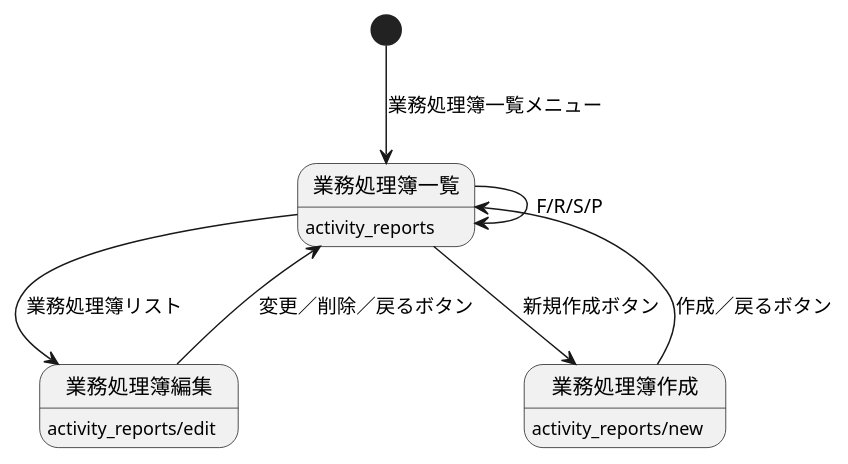
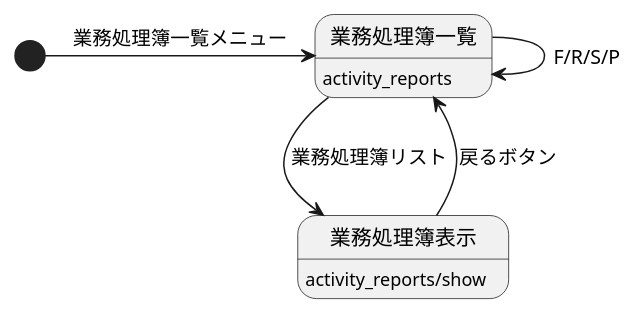
The diagram in docs/activity_reports.pu (cedge1michi/tass_mock-frontend), drawn with PlantUML before and after one commit. The commit also changed 24 other files, not shown here.

```diff
--- a/docs/activity_reports.pu
+++ b/docs/activity_reports.pu
@@ -1,15 +1,11 @@
 @startuml 業務処理簿
-[*] --> 業務処理簿一覧: 業務処理簿一覧メニュー
+[*] -> 業務処理簿一覧: 業務処理簿一覧メニュー
 
-業務処理簿一覧 --> 業務処理簿編集: 業務処理簿リスト
-業務処理簿編集 --> 業務処理簿一覧: 変更／削除／戻るボタン
-
-業務処理簿一覧 --> 業務処理簿作成: 新規作成ボタン
-業務処理簿作成 --> 業務処理簿一覧: 作成／戻るボタン
+業務処理簿一覧 --> 業務処理簿表示: 業務処理簿リスト
+業務処理簿表示 --> 業務処理簿一覧: 戻るボタン
 
 業務処理簿一覧 --> 業務処理簿一覧: F/R/S/P
 
 業務処理簿一覧: activity_reports
-業務処理簿作成: activity_reports/new
-業務処理簿編集: activity_reports/edit
+業務処理簿表示: activity_reports/show
 @enduml
```
